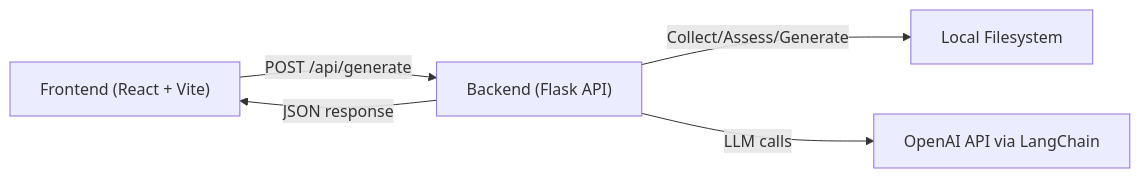
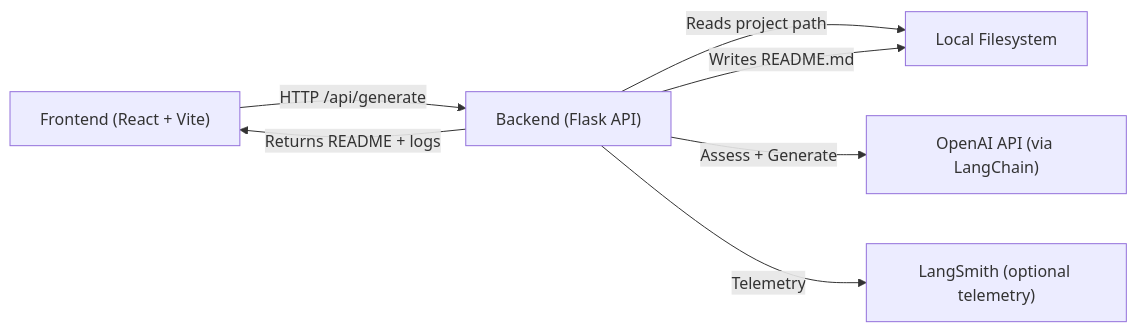
Before and after one commit to Herc-Ch/readme-generator: the diagram in README.md, drawn with Mermaid. The commit also changed other lines of this file, not shown here.

````diff
--- a/README.md
+++ b/README.md
@@ -16,12 +16,15 @@
 ```mermaid
 flowchart LR
-FE["Frontend (React + Vite)"]
-API["Backend (Flask API)"]
-LLM["OpenAI API via LangChain"]
-FS["Local Filesystem"]
+  FE["Frontend (React + Vite)"]
+  API["Backend (Flask API)"]
+  LLM["OpenAI API (via LangChain)"]
+  LS["LangSmith (optional telemetry)"]
+  FS["Local Filesystem"]
 
-FE -- "POST /api/generate" --> API
-API -- "Collect/Assess/Generate" --> FS
-API -- "LLM calls" --> LLM
-API -- "JSON response" --> FE
+  FE -- "HTTP /api/generate" --> API
+  API -- "Reads project path" --> FS
+  API -- "Assess + Generate" --> LLM
+  API -- "Telemetry" --> LS
+  API -- "Returns README + logs" --> FE
+  API -- "Writes README.md" --> FS
 ```
````
